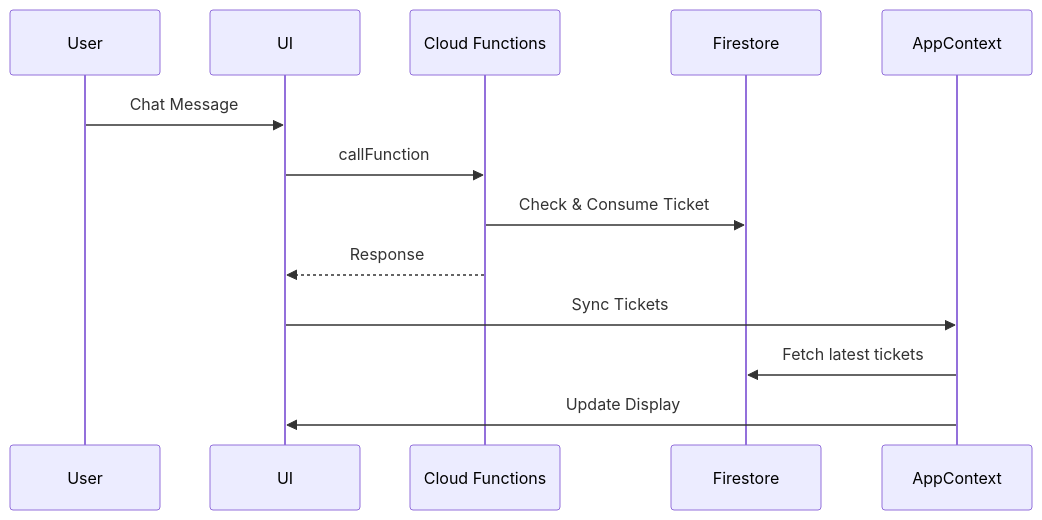
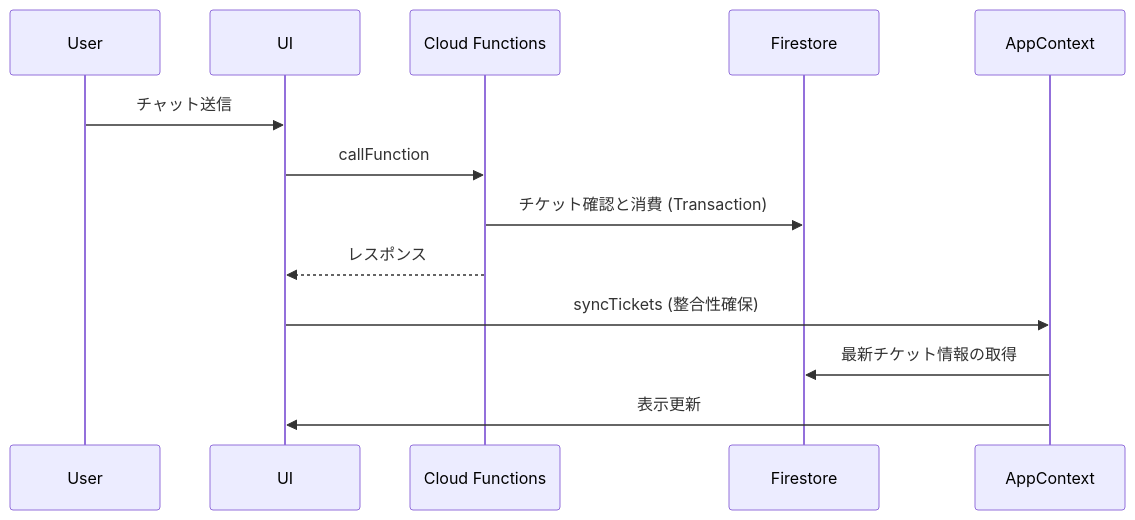
Before and after one commit to cloud-solutions-ttakeuchi/wedive: the eighth of 8 diagrams in DATABASE_DESIGN.md, drawn with Mermaid. The commit also changed other lines of this file, not shown here.

````diff
--- a/DATABASE_DESIGN.md
+++ b/DATABASE_DESIGN.md
@@ -768,16 +782,16 @@
 ```mermaid
 sequenceDiagram
     participant User
     participant UI
     participant BE as Cloud Functions
     participant FS as Firestore
     participant App as AppContext
 
-    User->>UI: Chat Message
+    User->>UI: チャット送信
     UI->>BE: callFunction
-    BE->>FS: Check & Consume Ticket
-    BE-->>UI: Response
-    UI->>App: Sync Tickets
-    App->>FS: Fetch latest tickets
-    App->>UI: Update Display
+    BE->>FS: チケット確認と消費 (Transaction)
+    BE-->>UI: レスポンス
+    UI->>App: syncTickets (整合性確保)
+    App->>FS: 最新チケット情報の取得
+    App->>UI: 表示更新
 ```
````
